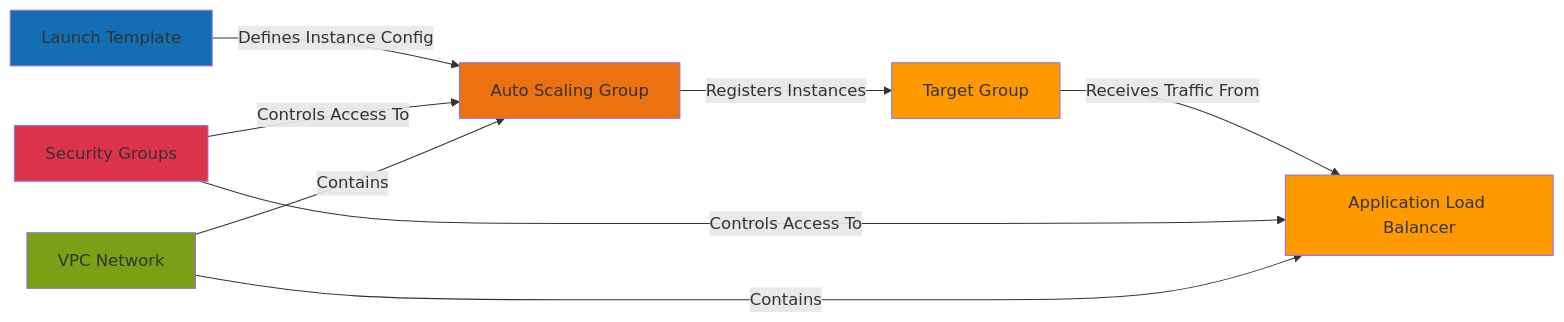
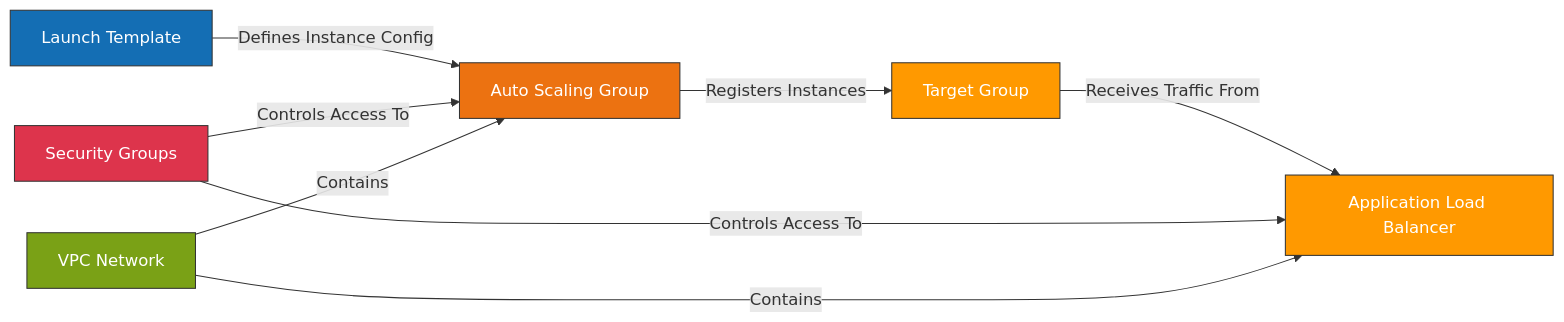
One commit to damatechguy27/pulumi-python-projects changed the third of 3 diagrams in deploy-asg/Deployment_Guide.md. Above: the diagram before and after it, drawn with Mermaid. The commit also changed other lines of this file and 9 other files, not shown here.

Commit message:
add new architecture project

````diff
--- a/deploy-asg/Deployment_Guide.md
+++ b/deploy-asg/Deployment_Guide.md
@@ -99,24 +96,24 @@
 ```mermaid
-graph LR
-    LT[Launch Template]
-    ASG[Auto Scaling Group]
-    TG[Target Group]
-    ALB[Application Load Balancer]
-    SG[Security Groups]
-    VPC[VPC Network]
+flowchart LR
+    LT["Launch Template"]
+    ASG["Auto Scaling Group"]
+    TG["Target Group"]
+    ALB["Application Load Balancer"]
+    SG["Security Groups"]
+    VPC["VPC Network"]
 
-    LT -->|Defines Instance Config| ASG
-    ASG -->|Registers Instances| TG
-    TG -->|Receives Traffic From| ALB
-    SG -->|Controls Access To| ALB
-    SG -->|Controls Access To| ASG
-    VPC -->|Contains| ALB
-    VPC -->|Contains| ASG
+    LT -->|"Defines Instance Config"| ASG
+    ASG -->|"Registers Instances"| TG
+    TG -->|"Receives Traffic From"| ALB
+    SG -->|"Controls Access To"| ALB
+    SG -->|"Controls Access To"| ASG
+    VPC -->|"Contains"| ALB
+    VPC -->|"Contains"| ASG
 
-    style LT fill:#146eb4
-    style ASG fill:#ec7211
-    style TG fill:#ff9900
-    style ALB fill:#ff9900
-    style SG fill:#dd344c
-    style VPC fill:#7aa116
+    style LT fill:#146eb4,stroke:#333,color:#fff
+    style ASG fill:#ec7211,stroke:#333,color:#fff
+    style TG fill:#ff9900,stroke:#333,color:#fff
+    style ALB fill:#ff9900,stroke:#333,color:#fff
+    style SG fill:#dd344c,stroke:#333,color:#fff
+    style VPC fill:#7aa116,stroke:#333,color:#fff
 ```
````
